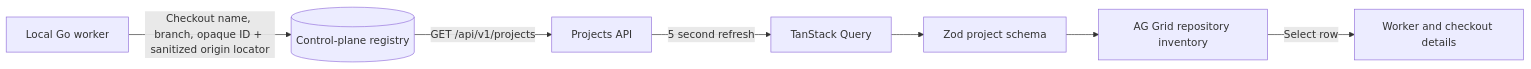
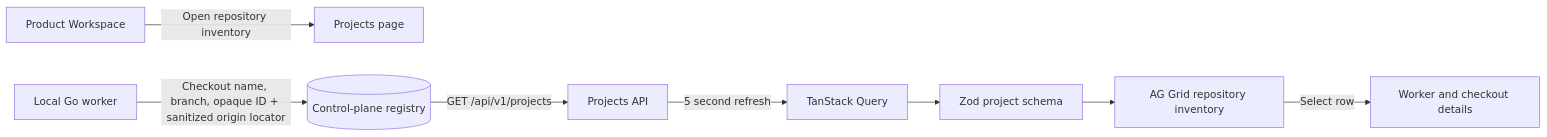
Before and after one commit to bogdaniel/zenchron-engineering-os: the diagram in docs/features/project-inventory.md, drawn with Mermaid. The commit also changed other lines of this file and 103 other files, not shown here.

````diff
--- a/docs/features/project-inventory.md
+++ b/docs/features/project-inventory.md
@@ -7,9 +9,10 @@
 ```mermaid
 flowchart LR
+    Workspace[Product Workspace] -->|Open repository inventory| Inventory[Projects page]
     Worker[Local Go worker] -->|Checkout name, branch, opaque ID + sanitized origin locator| Registry[(Control-plane registry)]
     Registry -->|GET /api/v1/projects| API[Projects API]
     API -->|5 second refresh| Query[TanStack Query]
     Query --> Validate[Zod project schema]
     Validate --> Grid[AG Grid repository inventory]
     Grid -->|Select row| Detail[Worker and checkout details]
 ```
````
